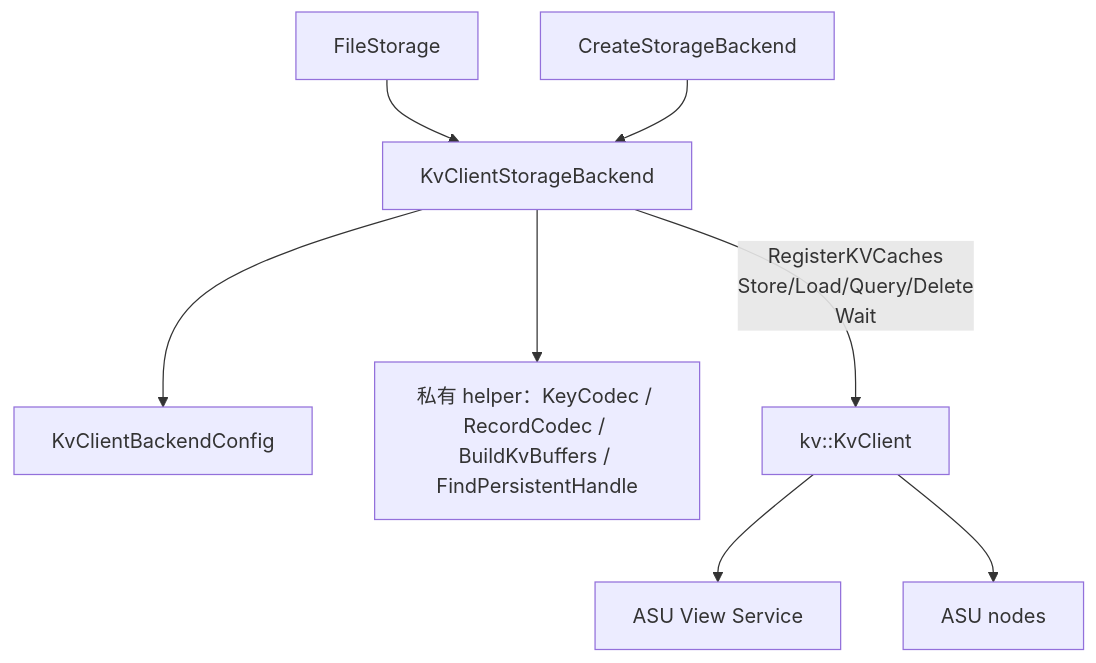
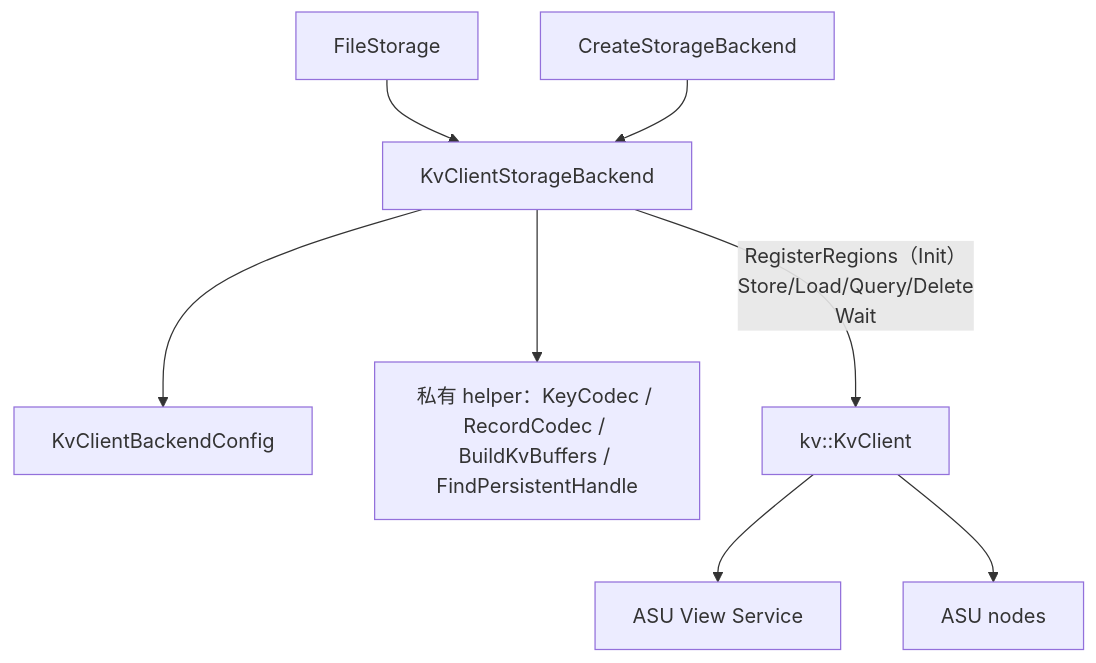
The second of 15 diagrams in kv-client-storage-backend-review.md (zwj20000328-dotcom/Mooncake-documents), drawn with Mermaid before and after one commit. The commit also changed other lines of this file and 1 other file, not shown here.

Commit message:
modified:   kv-client-storage-backend-review.md

````diff
--- a/kv-client-storage-backend-review.md
+++ b/kv-client-storage-backend-review.md
@@ -59,10 +48,10 @@
 ```mermaid
 flowchart TB
     FS["FileStorage"] --> BE["KvClientStorageBackend"]
     FAC["CreateStorageBackend"] --> BE
     BE --> CFG["KvClientBackendConfig"]
     BE --> H1["私有 helper：KeyCodec / RecordCodec / BuildKvBuffers / FindPersistentHandle"]
-    BE -->|"RegisterKVCaches<br/>Store/Load/Query/Delete<br/>Wait"| KC["kv::KvClient"]
+    BE -->|"RegisterRegions（Init）<br/>Store/Load/Query/Delete<br/>Wait"| KC["kv::KvClient"]
     KC --> VIEW["ASU View Service"]
     KC --> ASU["ASU nodes"]
 ```
````
